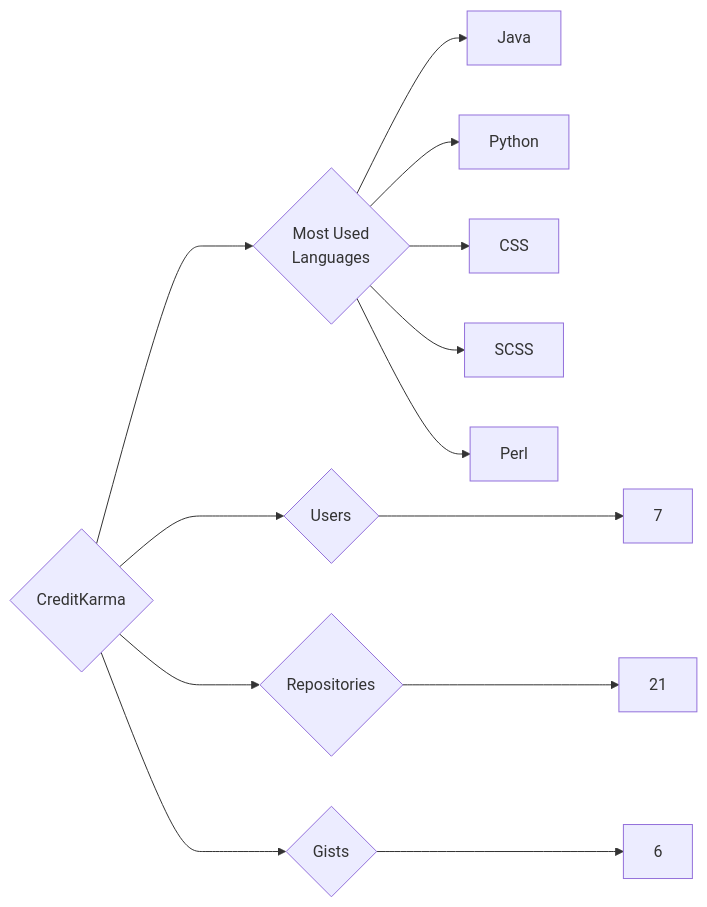
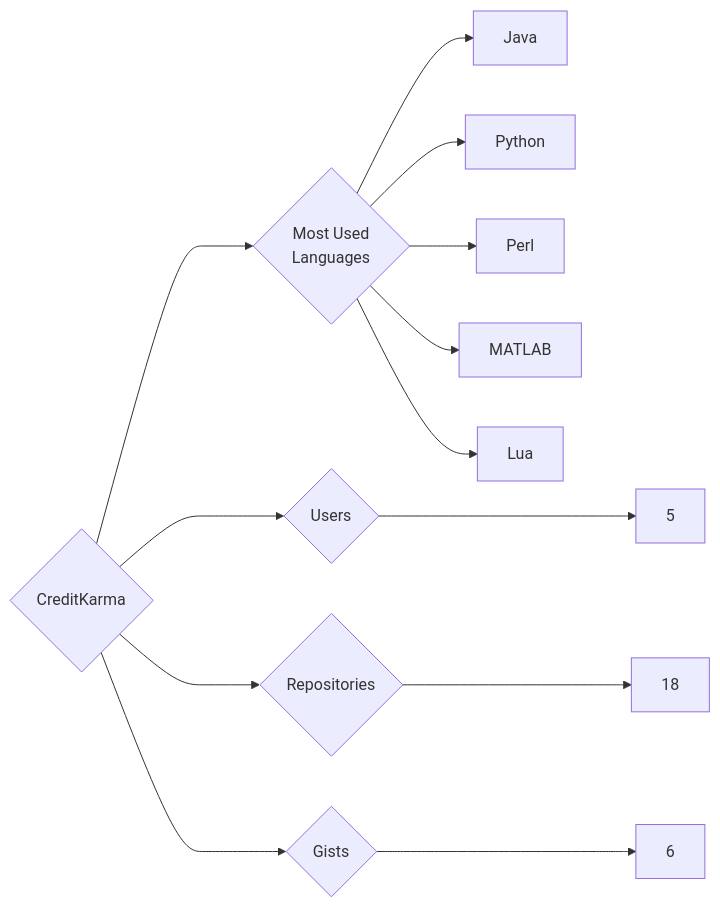
One commit to trickest/insiders changed the diagram in targets/CreditKarma/README.md. Above: the diagram before and after it, drawn with Mermaid. The commit also changed 1123 other files, not shown here.

````diff
--- a/targets/CreditKarma/README.md
+++ b/targets/CreditKarma/README.md
@@ -3,13 +3,13 @@
 ```mermaid
 graph LR
 COMPANY_NAME{CreditKarma}
-COMPANY_NAME ---> U{Users} ---> UN[7]
-COMPANY_NAME ---> R{Repositories} ---> RN[21]
+COMPANY_NAME ---> U{Users} ---> UN[5]
+COMPANY_NAME ---> R{Repositories} ---> RN[18]
 COMPANY_NAME ---> G{Gists} ---> GN[6]
 COMPANY_NAME ---> ML{Most Used<br>Languages}
 ML --> Java[Java]
 ML --> Python[Python]
-ML --> CSS[CSS]
-ML --> SCSS[SCSS]
 ML --> Perl[Perl]
+ML --> MATLAB[MATLAB]
+ML --> Lua[Lua]
 ```
````
